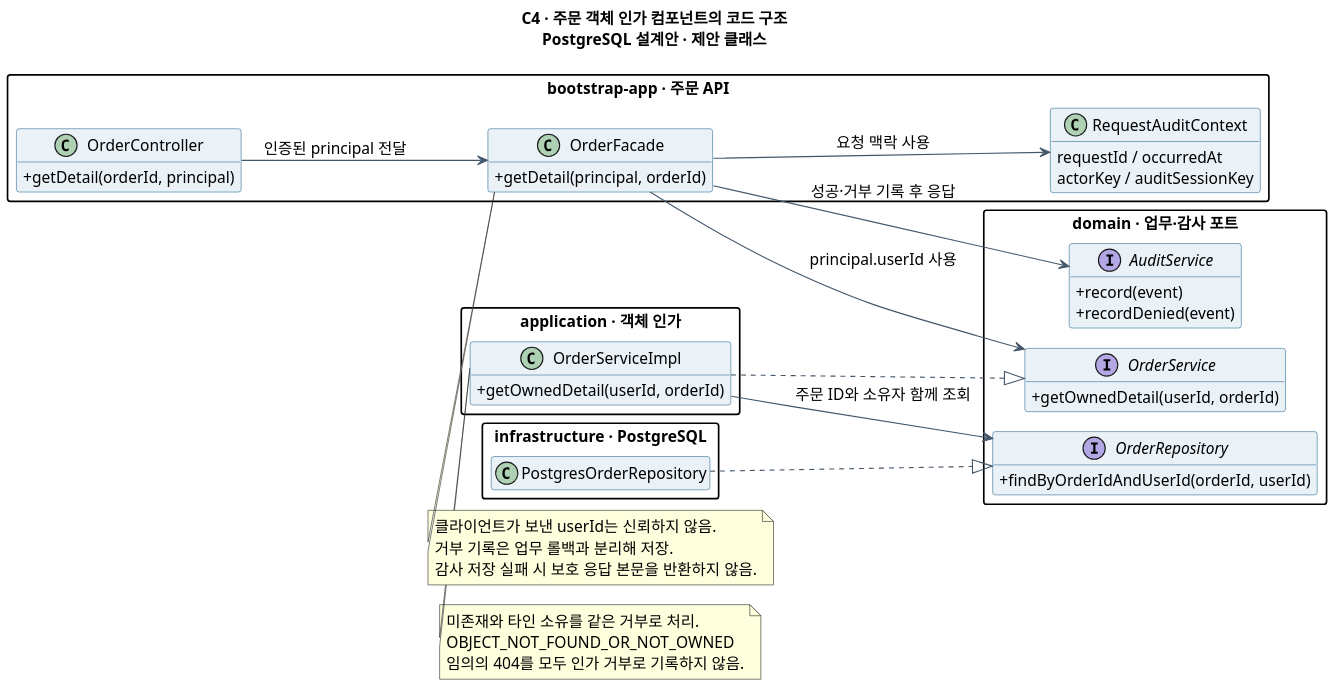
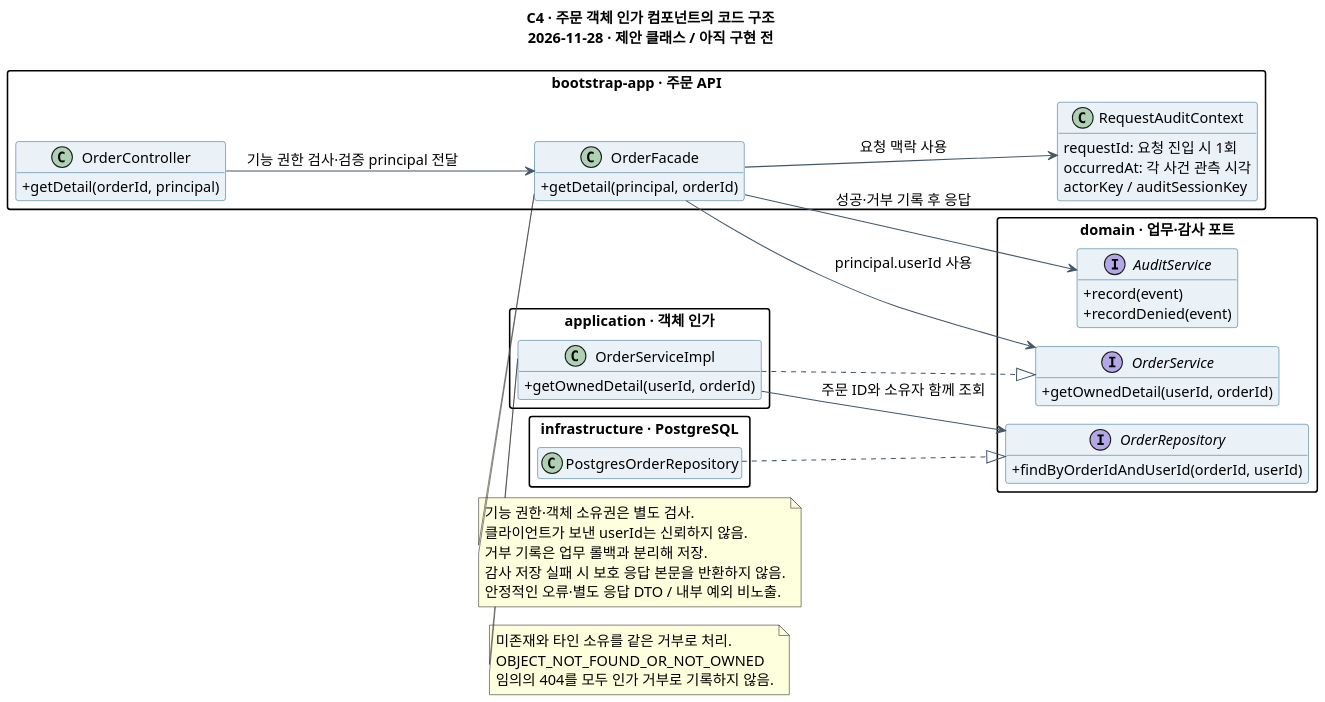
One commit to ZETTY-ZEROTRUST/backend changed the diagram in docs/architecture/session-backend-c4/c4-order-code.puml. Above: the diagram before and after it, drawn with PlantUML. The commit also changed 28 other files, not shown here.

Commit message:
docs(architecture): 세션 백엔드와 UBA C4 설계 갱신

```diff
--- a/docs/architecture/session-backend-c4/c4-order-code.puml
+++ b/docs/architecture/session-backend-c4/c4-order-code.puml
@@ -1,67 +1,70 @@
 @startuml
 !pragma layout smetana
 skinparam defaultFontName "Apple SD Gothic Neo"
 skinparam defaultFontSize 14
 skinparam backgroundColor #FFFFFF
 skinparam shadowing false
-skinparam dpi 150
+skinparam dpi 140
 left to right direction
 hide empty members
 skinparam classAttributeIconSize 0
 skinparam packageStyle rectangle
 skinparam classBackgroundColor #EAF2F8
 skinparam classBorderColor #25638B
 skinparam ArrowColor #43576A
 skinparam nodesep 35
 skinparam ranksep 45
-title C4 · 주문 객체 인가 컴포넌트의 코드 구조\nPostgreSQL 설계안 · 제안 클래스
+title C4 · 주문 객체 인가 컴포넌트의 코드 구조\n2026-11-28 · 제안 클래스 / 아직 구현 전
 package "bootstrap-app · 주문 API" {
  class OrderController {
    +getDetail(orderId, principal)
  }
  class OrderFacade {
    +getDetail(principal, orderId)
  }
  class RequestAuditContext {
-   requestId / occurredAt
+   requestId: 요청 진입 시 1회
+   occurredAt: 각 사건 관측 시각
    actorKey / auditSessionKey
  }
 }
 package "domain · 업무·감사 포트" {
  interface OrderService {
    +getOwnedDetail(userId, orderId)
  }
  interface OrderRepository {
    +findByOrderIdAndUserId(orderId, userId)
  }
  interface AuditService {
    +record(event)
    +recordDenied(event)
  }
 }
 package "application · 객체 인가" {
  class OrderServiceImpl {
    +getOwnedDetail(userId, orderId)
  }
 }
 package "infrastructure · PostgreSQL" {
  class PostgresOrderRepository
 }
-OrderController --> OrderFacade : 인증된 principal 전달
+OrderController --> OrderFacade : 기능 권한 검사·검증 principal 전달
 OrderFacade --> OrderService : principal.userId 사용
 OrderFacade --> RequestAuditContext : 요청 맥락 사용
 OrderServiceImpl ..|> OrderService
 OrderServiceImpl --> OrderRepository : 주문 ID와 소유자 함께 조회
 PostgresOrderRepository ..|> OrderRepository
 OrderFacade --> AuditService : 성공·거부 기록 후 응답
 note bottom of OrderServiceImpl
  미존재와 타인 소유를 같은 거부로 처리.
  OBJECT_NOT_FOUND_OR_NOT_OWNED
  임의의 404를 모두 인가 거부로 기록하지 않음.
 end note
 note bottom of OrderFacade
+ 기능 권한·객체 소유권은 별도 검사.
  클라이언트가 보낸 userId는 신뢰하지 않음.
  거부 기록은 업무 롤백과 분리해 저장.
  감사 저장 실패 시 보호 응답 본문을 반환하지 않음.
+ 안정적인 오류·별도 응답 DTO / 내부 예외 비노출.
 end note
 @enduml
```
